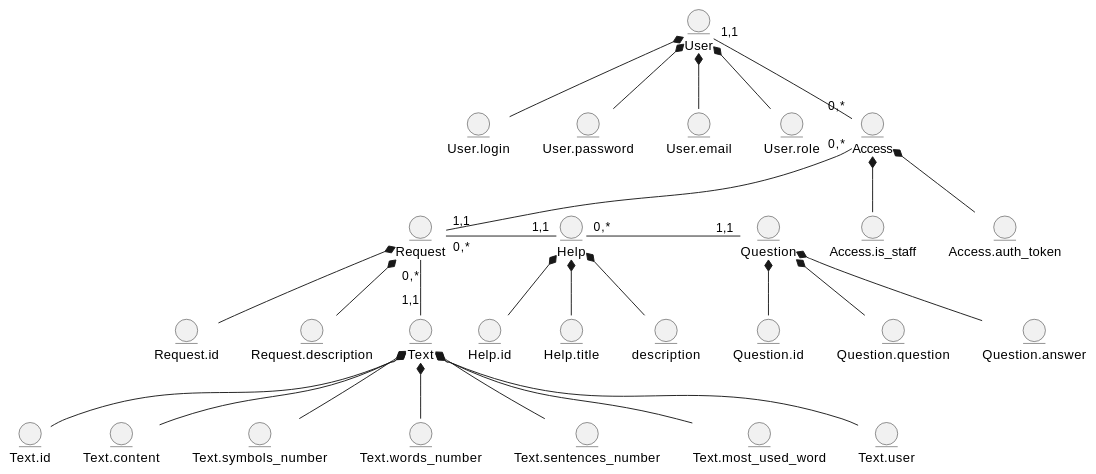
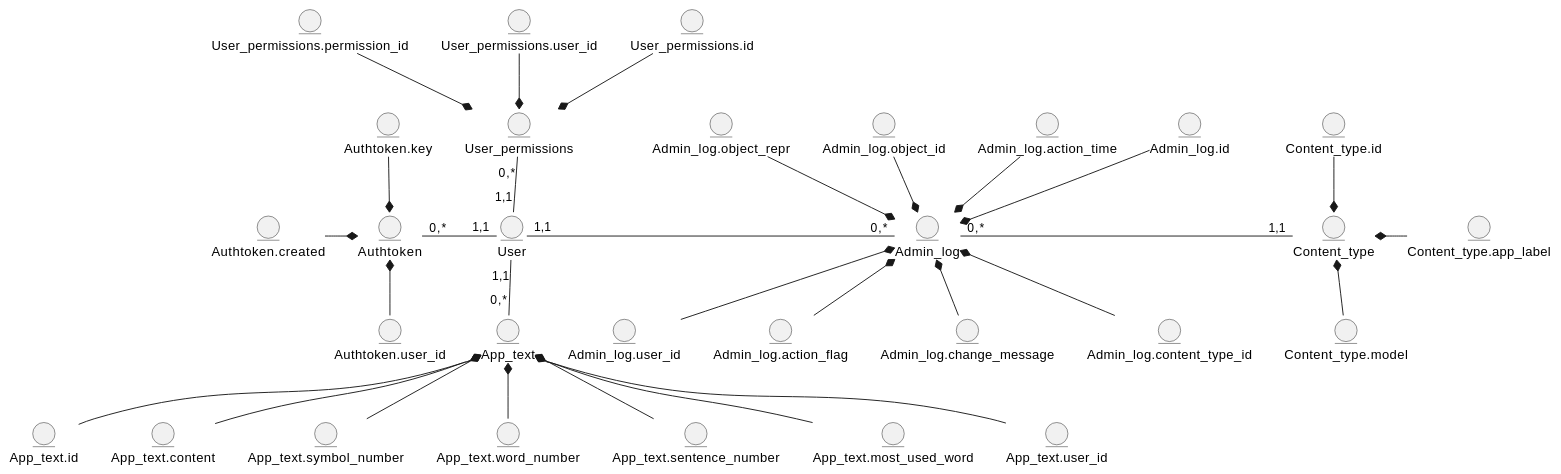
Before and after one commit to edu-db/edu_db_labs: the first of 3 diagrams in docs/design/README.md, drawn with PlantUML. The commit also changed other lines of this file and 2 other files, not shown here.

Commit message:
Lab 4-6 (v2)

````diff
--- a/docs/design/README.md
+++ b/docs/design/README.md
@@ -5,74 +5,83 @@
+```plantuml
 @startuml
 
 entity User
 
-    entity User.login
-    entity User.password
-    entity User.email
-    entity User.role
+entity User_permissions
 
-        User *-- User.login
-        User *-- User.password
-        User *-- User.email
-        User *-- User.role
+    entity User_permissions.id
+    entity User_permissions.user_id
+    entity User_permissions.permission_id
 
-entity Access
 
-    entity Access.is_staff
-    entity Access.auth_token
+        User_permissions *-u- User_permissions.id
+        User_permissions *-u- User_permissions.user_id
+        User_permissions *-u- User_permissions.permission_id
 
-        Access *-- Access.is_staff
-        Access *-- Access.auth_token
+entity Authtoken
 
-entity Request
+    entity Authtoken.key
+    entity Authtoken.created
+    entity Authtoken.user_id
 
-    entity Request.id
-    entity Request.description
+        Authtoken *-u- Authtoken.key
+        Authtoken *-l- Authtoken.created
+        Authtoken *-d- Authtoken.user_id
 
-        Request *-- Request.id
-        Request *-- Request.description
+entity Admin_log
 
-entity Text
+    entity Admin_log.id
+    entity Admin_log.action_time
+    entity Admin_log.object_id
+    entity Admin_log.object_repr
+    entity Admin_log.action_flag
+    entity Admin_log.change_message
+    entity Admin_log.content_type_id
+    entity Admin_log.user_id
 
-    entity Text.id
-    entity Text.content
-    entity Text.symbols_number
-    entity Text.words_number
-    entity Text.sentences_number
-    entity Text.most_used_word
-    entity Text.user
+        Admin_log *-u- Admin_log.id
+        Admin_log *-u- Admin_log.action_time
+        Admin_log *-u- Admin_log.object_id
+        Admin_log *-u- Admin_log.object_repr
+        Admin_log *-d- Admin_log.action_flag
+        Admin_log *-d- Admin_log.change_message
+        Admin_log *-d- Admin_log.content_type_id
+        Admin_log *-d- Admin_log.user_id
 
-        Text *-- Text.id
-        Text *-- Text.content
-        Text *-- Text.symbols_number
-        Text *-- Text.words_number
-        Text *-- Text.sentences_number
-        Text *-- Text.most_used_word
-        Text *-- Text.user
+entity Content_type
 
-entity Help
+    entity Content_type.id
+    entity Content_type.app_label
+    entity Content_type.model
 
-    entity Help.id
-    entity Help.title
-    entity description
+        Content_type *-u- Content_type.id
+        Content_type *-r- Content_type.app_label
+        Content_type *-d- Content_type.model
 
-        Help *-- Help.id
-        Help *-- Help.title
-        Help *-- description
+entity App_text
 
-entity Question
+    entity App_text.id
+    entity App_text.content
+    entity App_text.symbol_number
+    entity App_text.word_number
+    entity App_text.sentence_number
+    entity App_text.most_used_word
+    entity App_text.user_id
 
-    entity Question.id
-    entity Question.question
-    entity Question.answer
+        App_text *-- App_text.id
+        App_text *-- App_text.content
+        App_text *-- App_text.symbol_number
+        App_text *-- App_text.word_number
+        App_text *-- App_text.sentence_number
+        App_text *-- App_text.most_used_word
+        App_text *-- App_text.user_id
 
-        Question *-- Question.id
-        Question *-- Question.question
-        Question *-- Question.answer
 
-User "1,1" -- "0,*" Access
-Access "0,*" -- "1,1" Request
-Request "0,*" -- "1,1" Text
-Request "0,*" -r- "1,1" Help
-Help "0,*" -r- "1,1" Question
+
+User "1,1" -u- "0,*" User_permissions
+User "1,1" -l- "0,*" Authtoken
+User "1,1" -d- "0,*" App_text
+User "1,1" -r- "0,*" Admin_log
+Content_type "1,1" -l- "0,*" Admin_log
 @enduml
+```
````
